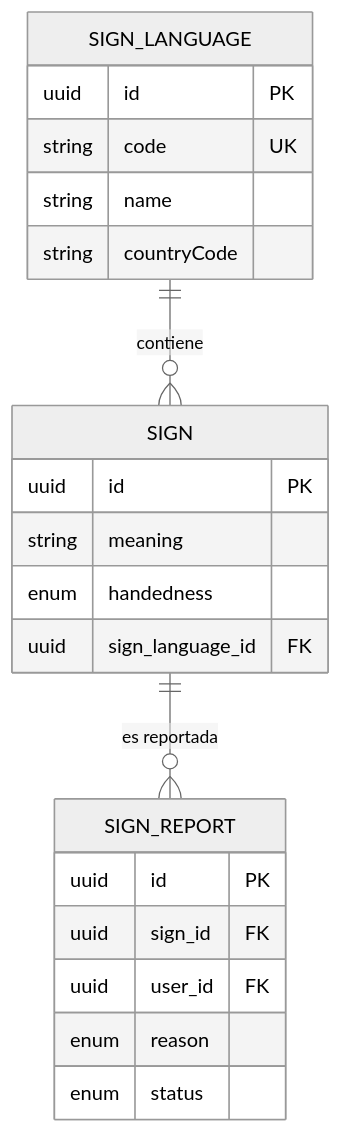
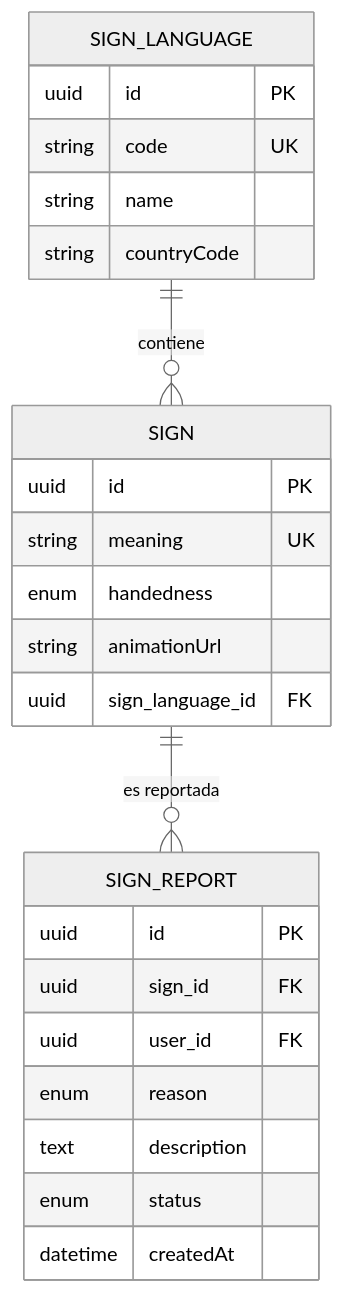
The second of 6 diagrams in docs/diagrams/er.md (signasource/signa-api), drawn with Mermaid (neutral theme) before and after one commit. The commit also changed other lines of this file and 202 other files, not shown here.

````diff
--- a/docs/diagrams/er.md
+++ b/docs/diagrams/er.md
@@ -53,25 +79,28 @@
 ```mermaid
 erDiagram
     SIGN_LANGUAGE ||--o{ SIGN : contiene
     SIGN ||--o{ SIGN_REPORT : "es reportada"
 
     SIGN_LANGUAGE {
         uuid id PK
         string code UK
         string name
         string countryCode
     }
     SIGN {
         uuid id PK
-        string meaning
+        string meaning UK
         enum handedness
+        string animationUrl
         uuid sign_language_id FK
     }
     SIGN_REPORT {
         uuid id PK
         uuid sign_id FK
         uuid user_id FK
         enum reason
+        text description
         enum status
+        datetime createdAt
     }
 ```
````
